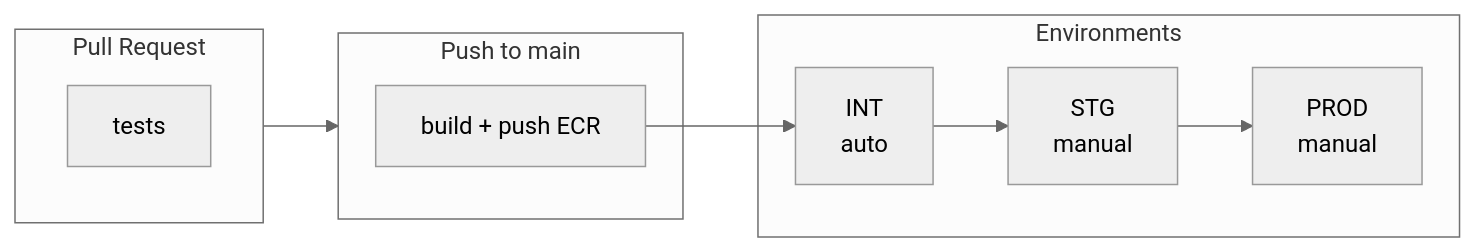
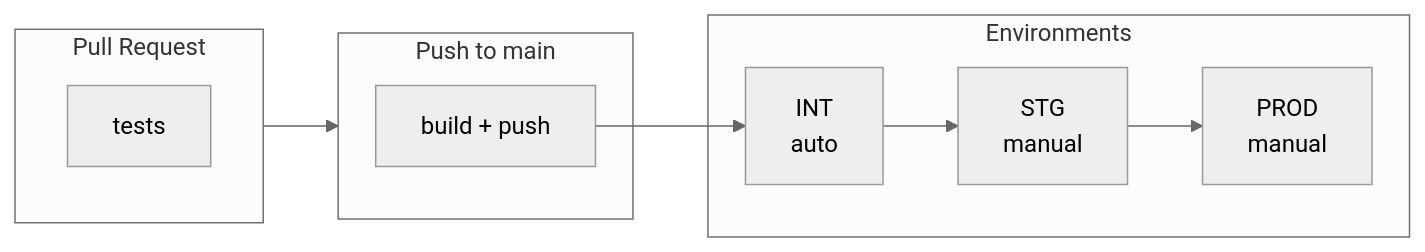
One commit to innovds/ids-workflows changed the diagram in README.md. Above: the diagram before and after it, drawn with Mermaid (neutral theme). The commit also changed other lines of this file and 15 other files, not shown here.

````diff
--- a/README.md
+++ b/README.md
@@ -7,21 +7,21 @@
 ```mermaid
 flowchart LR
     subgraph PR["Pull Request"]
         CI[tests]
     end
 
     subgraph Main["Push to main"]
-        BUILD[build + push ECR]
+        BUILD[build + push]
     end
 
     subgraph Environments
         INT[INT<br/>auto]
         STG[STG<br/>manual]
         PROD[PROD<br/>manual]
     end
 
     PR --> Main
     BUILD --> INT
     INT --> STG
     STG --> PROD
 ```
````
